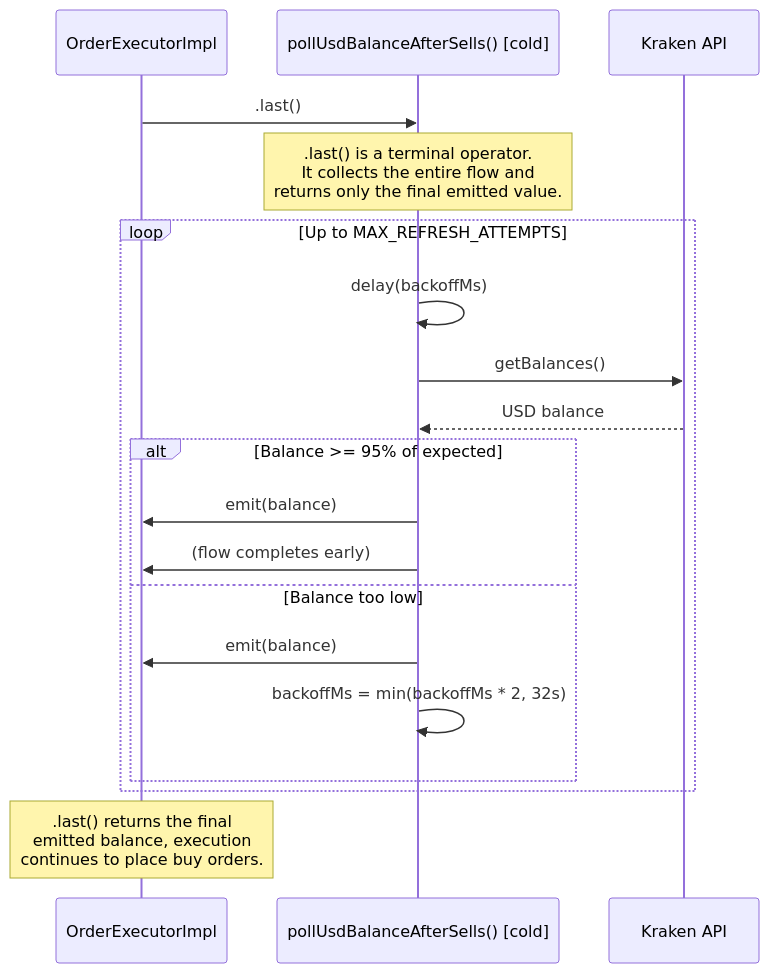
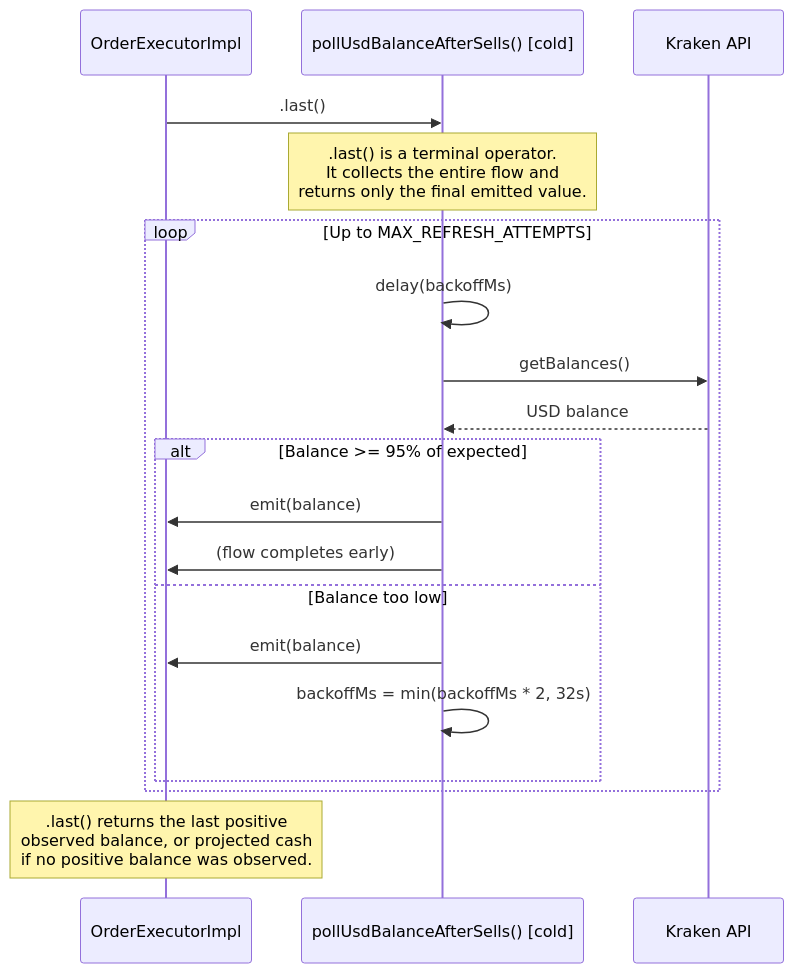
Before and after one commit to HyperVon/new-kraken-rebalancer: the fifth of 5 diagrams in docs/FLOWS.md, drawn with Mermaid. The commit also changed other lines of this file and 53 other files, not shown here.

````diff
--- a/docs/FLOWS.md
+++ b/docs/FLOWS.md
@@ -201,24 +201,24 @@
 ```mermaid
 sequenceDiagram
     participant OE as OrderExecutorImpl
     participant Flow as pollUsdBalanceAfterSells() [cold]
     participant API as Kraken API
 
     OE->>Flow: .last()
     note over Flow: .last() is a terminal operator.<br/>It collects the entire flow and<br/>returns only the final emitted value.
 
     loop Up to MAX_REFRESH_ATTEMPTS
         Flow->>Flow: delay(backoffMs)
         Flow->>API: getBalances()
         API-->>Flow: USD balance
         alt Balance >= 95% of expected
             Flow->>OE: emit(balance)
             Flow->>OE: (flow completes early)
         else Balance too low
             Flow->>OE: emit(balance)
             Flow->>Flow: backoffMs = min(backoffMs * 2, 32s)
         end
     end
 
-    note over OE: .last() returns the final<br/>emitted balance, execution<br/>continues to place buy orders.
+    note over OE: .last() returns the last positive<br/>observed balance, or projected cash<br/>if no positive balance was observed.
 ```
````
